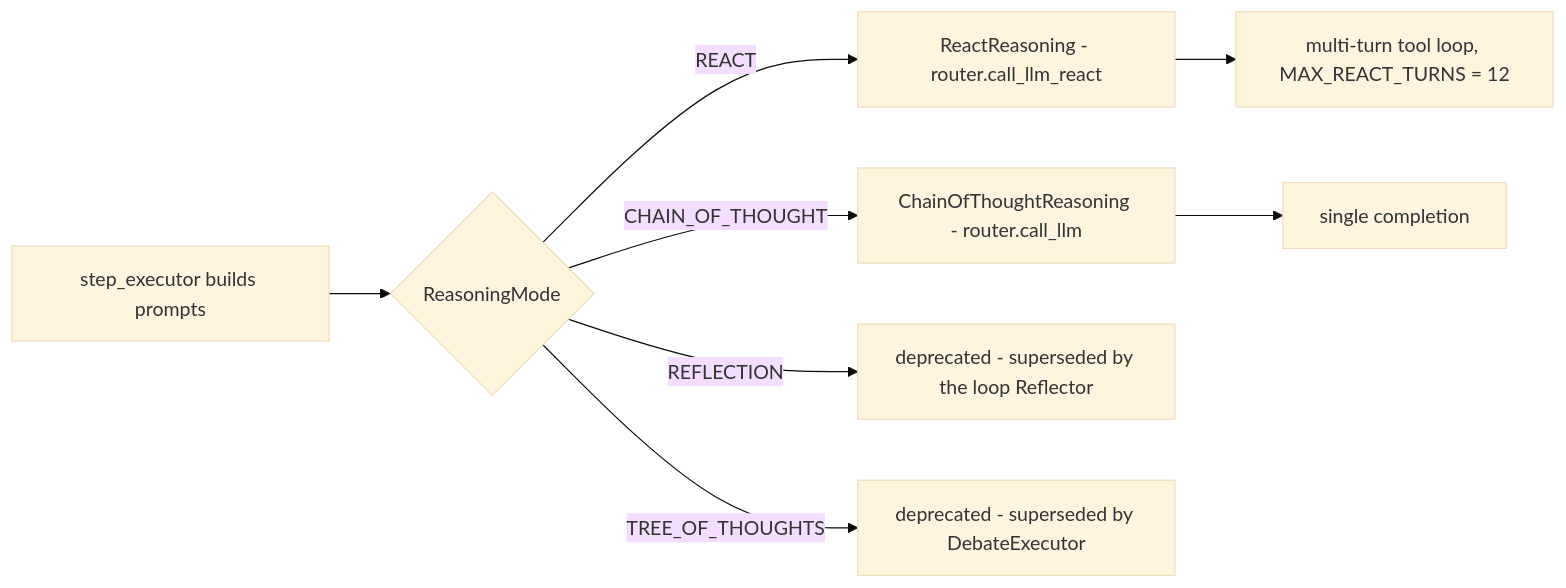
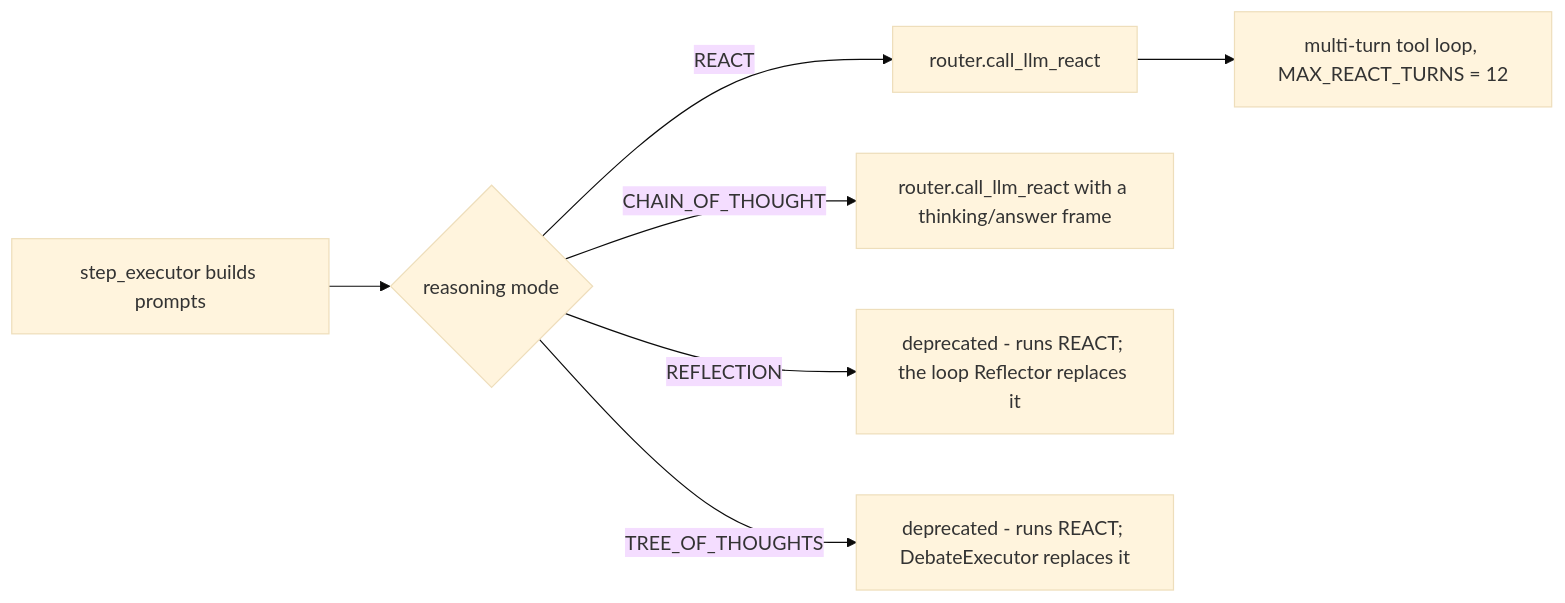
Diagram 17 of 25 in docs/current/05-agent-kernel.md (gondolerahul/hire-buddha-app), drawn with Mermaid (base theme) before and after one commit. The commit also changed other lines of this file and 11 other files, not shown here.

First line of the commit message:
refactor(llm): delete the always-zero LLMResponse.cost_usd and the uncalled reasoning registry (LP-02, LP-14, LP-13)

````diff
--- a/docs/current/05-agent-kernel.md
+++ b/docs/current/05-agent-kernel.md
@@ -1212,10 +1214,9 @@
 ```mermaid
 flowchart LR
-    STEP["step_executor builds prompts"] --> MODE{"ReasoningMode"}
-    MODE -- REACT --> RA["ReactReasoning - router.call_llm_react"]
-    MODE -- CHAIN_OF_THOUGHT --> CA["ChainOfThoughtReasoning - router.call_llm"]
-    MODE -- REFLECTION --> DEP1["deprecated - superseded by the loop Reflector"]
-    MODE -- TREE_OF_THOUGHTS --> DEP2["deprecated - superseded by DebateExecutor"]
+    STEP["step_executor builds prompts"] --> MODE{"reasoning mode"}
+    MODE -- REACT --> RA["router.call_llm_react"]
+    MODE -- CHAIN_OF_THOUGHT --> CA["router.call_llm_react with a thinking/answer frame"]
+    MODE -- REFLECTION --> DEP1["deprecated - runs REACT; the loop Reflector replaces it"]
+    MODE -- TREE_OF_THOUGHTS --> DEP2["deprecated - runs REACT; DebateExecutor replaces it"]
     RA --> TOOLS["multi-turn tool loop, MAX_REACT_TURNS = 12"]
-    CA --> ONE["single completion"]
 ```
````
